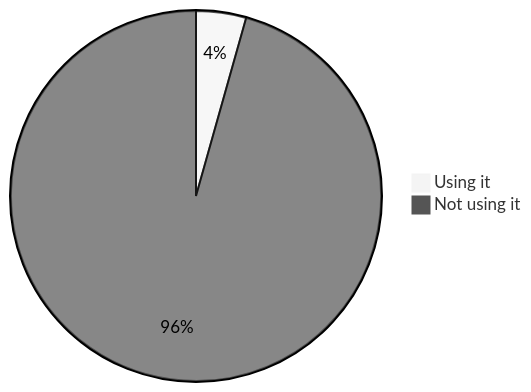
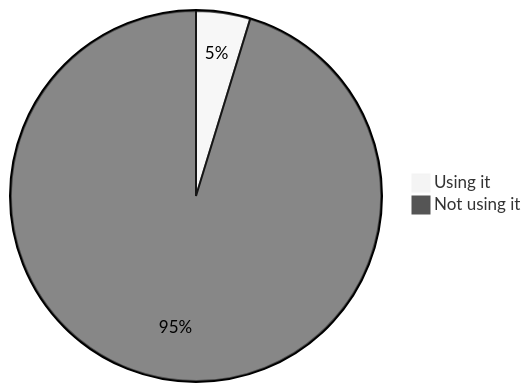
The eighth of 22 diagrams in stats.md (oshp/oshp-stats), drawn with Mermaid (neutral theme) before and after one commit. The commit also changed other lines of this file, not shown here.

````diff
--- a/stats.md
+++ b/stats.md
@@ -94,6 +94,6 @@
 ```mermaid
 pie
-	"Using it" : 4.37
-	"Not using it" : 95.63
+	"Using it" : 4.73
+	"Not using it" : 95.27
 
 ```
````
